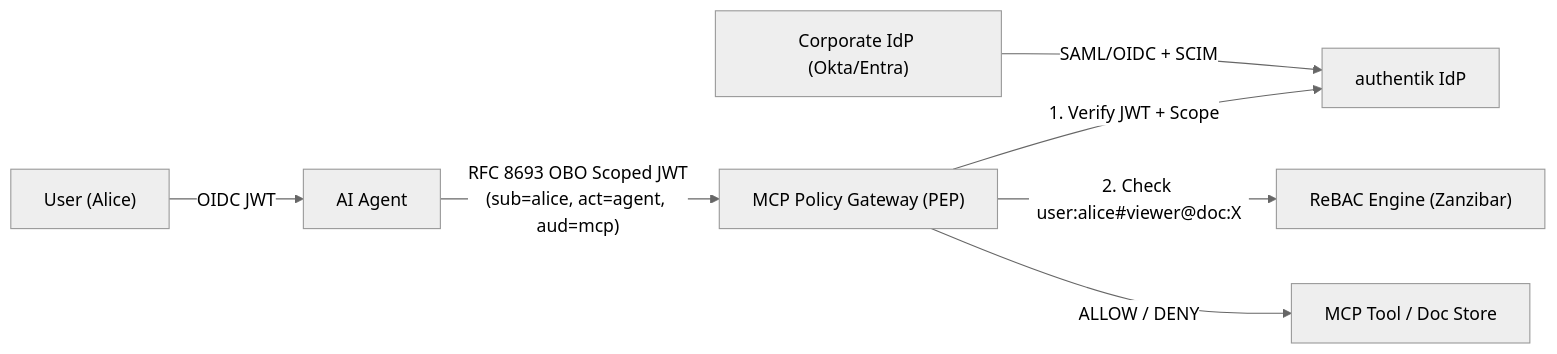
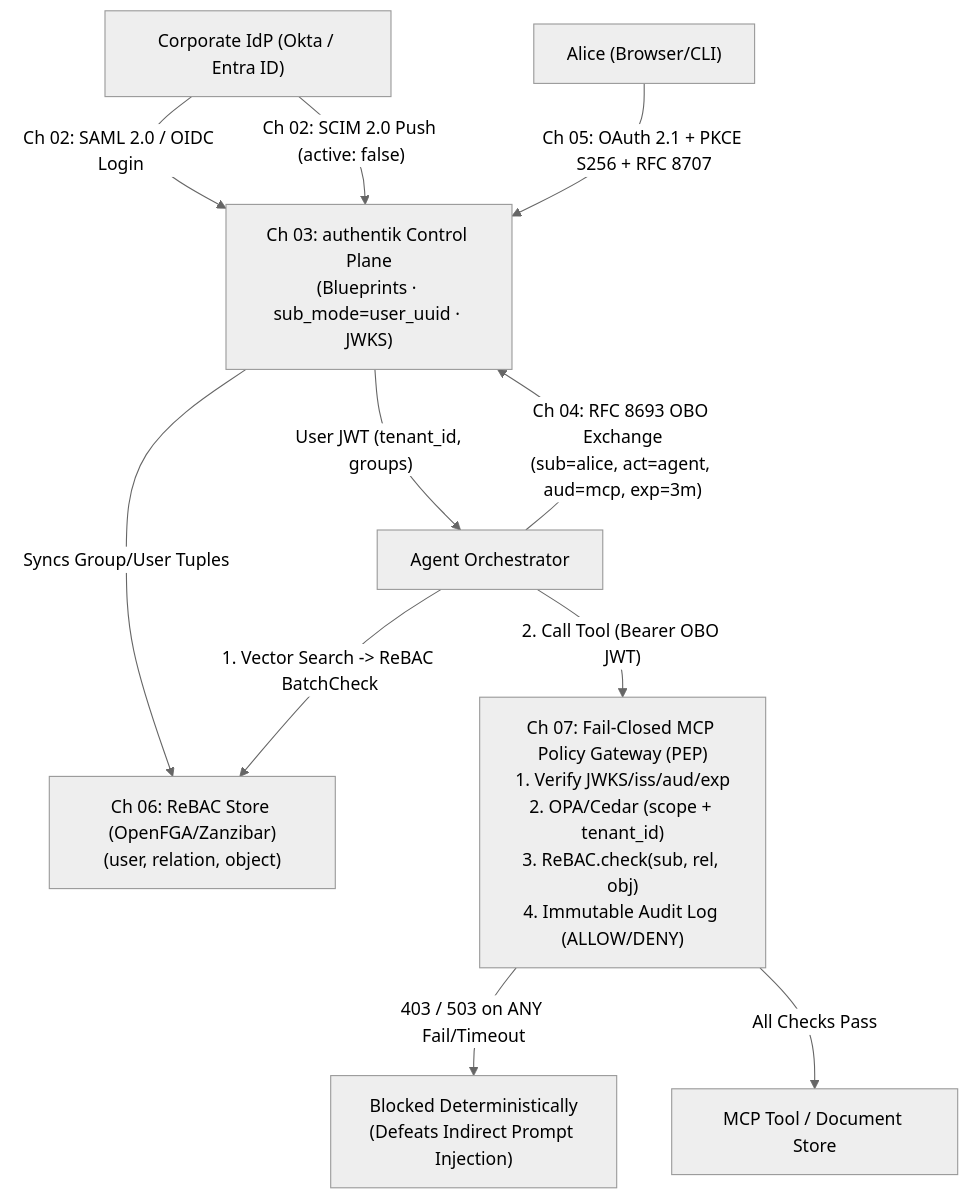
Before and after one commit to Amie-dev/FDE-and-GenAI-Mastery: the diagram in Lecture 45 - Enterprise Identity OIDC SCIM and ReBAC/notes/Lecture_45_Complete_Notes.md, drawn with Mermaid (neutral theme). The commit also changed other lines of this file and 13 other files, not shown here.

Commit message:
Refactor Lecture 44 and Lecture 45 notes for clarity and depth; enhance structure with executive summaries, chapter-by-chapter revisions, and detailed cheat sheets. Update diagrams to reflect improved architecture and flow, emphasizing security measures and identity management protocols.

````diff
--- a/Lecture 45 - Enterprise Identity OIDC SCIM and ReBAC/notes/Lecture_45_Complete_Notes.md
+++ b/Lecture 45 - Enterprise Identity OIDC SCIM and ReBAC/notes/Lecture_45_Complete_Notes.md
@@ -9,9 +34,13 @@
 ```mermaid
-flowchart LR
-    Corp["Corporate IdP (Okta/Entra)"] -->|"SAML/OIDC + SCIM"| Auth["authentik IdP"]
-    User["User (Alice)"] -->|"OIDC JWT"| Ag["AI Agent"]
-    Ag -->|"RFC 8693 OBO Scoped JWT<br/>(sub=alice, act=agent, aud=mcp)"| GW["MCP Policy Gateway (PEP)"]
-    GW -->|"1. Verify JWT + Scope"| Auth
-    GW -->|"2. Check user:alice#viewer@doc:X"| ReBAC["ReBAC Engine (Zanzibar)"]
-    GW -->|"ALLOW / DENY"| Tool["MCP Tool / Doc Store"]
+flowchart TD
+    Corp["Corporate IdP (Okta / Entra ID)"] -->|"Ch 02: SAML 2.0 / OIDC Login"| Auth["Ch 03: authentik Control Plane<br/>(Blueprints · sub_mode=user_uuid · JWKS)"]
+    Corp -->|"Ch 02: SCIM 2.0 Push (active: false)"| Auth
+    Auth -->|"Syncs Group/User Tuples"| ReBAC["Ch 06: ReBAC Store (OpenFGA/Zanzibar)<br/>(user, relation, object)"]
+    User["Alice (Browser/CLI)"] -->|"Ch 05: OAuth 2.1 + PKCE S256 + RFC 8707"| Auth
+    Auth -->|"User JWT (tenant_id, groups)"| Agent["Agent Orchestrator"]
+    Agent -->|"Ch 04: RFC 8693 OBO Exchange<br/>(sub=alice, act=agent, aud=mcp, exp=3m)"| Auth
+    Agent -->|"1. Vector Search -> ReBAC BatchCheck"| ReBAC
+    Agent -->|"2. Call Tool (Bearer OBO JWT)"| GW["Ch 07: Fail-Closed MCP Policy Gateway (PEP)<br/>1. Verify JWKS/iss/aud/exp<br/>2. OPA/Cedar (scope + tenant_id)<br/>3. ReBAC.check(sub, rel, obj)<br/>4. Immutable Audit Log (ALLOW/DENY)"]
+    GW -->|"403 / 503 on ANY Fail/Timeout"| Deny["Blocked Deterministically<br/>(Defeats Indirect Prompt Injection)"]
+    GW -->|"All Checks Pass"| Tool["MCP Tool / Document Store"]
 ```
````
